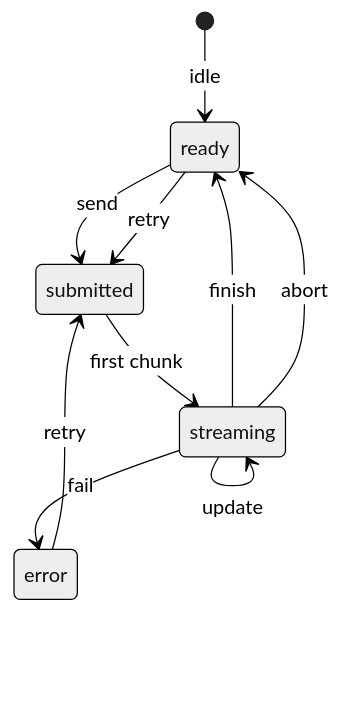
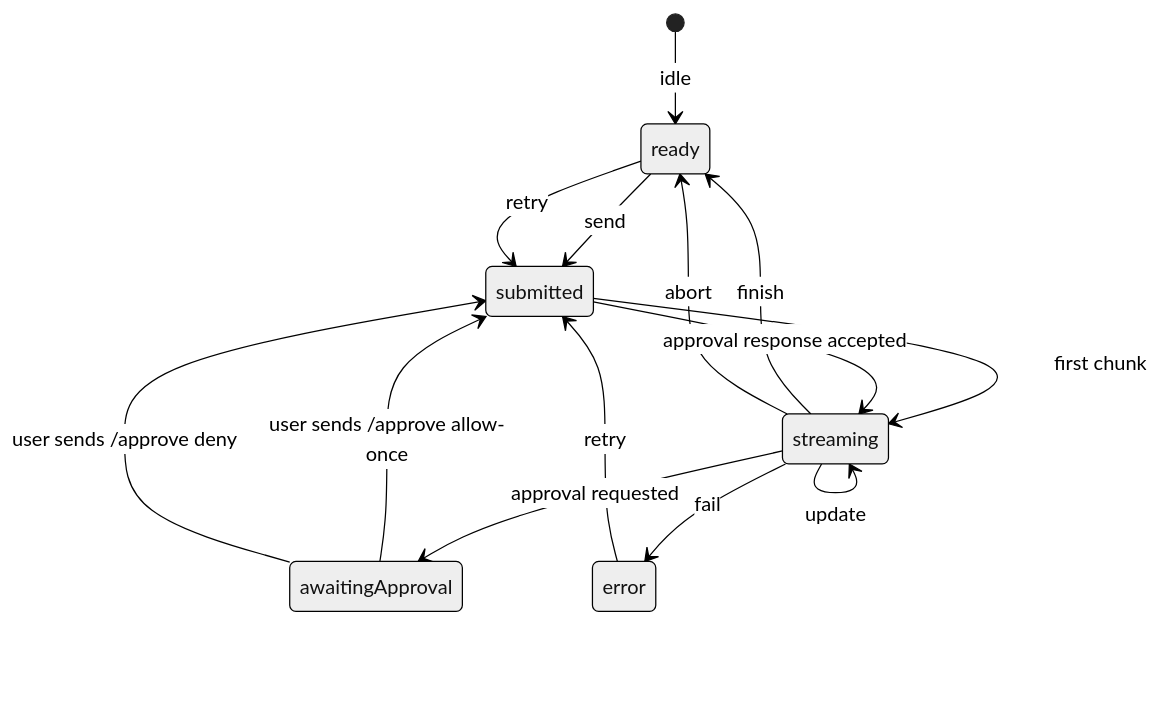
One commit to mynoraai/nora-harness-client changed the second of 7 diagrams in ui-contracts/chat/client-state-machine.md. Above: the diagram before and after it, drawn with Mermaid (neutral theme). The commit also changed other lines of this file and 34 other files, not shown here.

````diff
--- a/ui-contracts/chat/client-state-machine.md
+++ b/ui-contracts/chat/client-state-machine.md
@@ -87,12 +88,16 @@
 ```mermaid
 stateDiagram-v2
   [*] --> ready: idle
   ready --> submitted: send
   submitted --> streaming: first chunk
   streaming --> streaming: update
+  streaming --> awaitingApproval: approval requested
+  awaitingApproval --> submitted: user sends /approve allow-once
+  awaitingApproval --> submitted: user sends /approve deny
+  submitted --> streaming: approval response accepted
   streaming --> ready: finish
   streaming --> ready: abort
   streaming --> error: fail
   ready --> submitted: retry
   error --> submitted: retry
 ```
````
